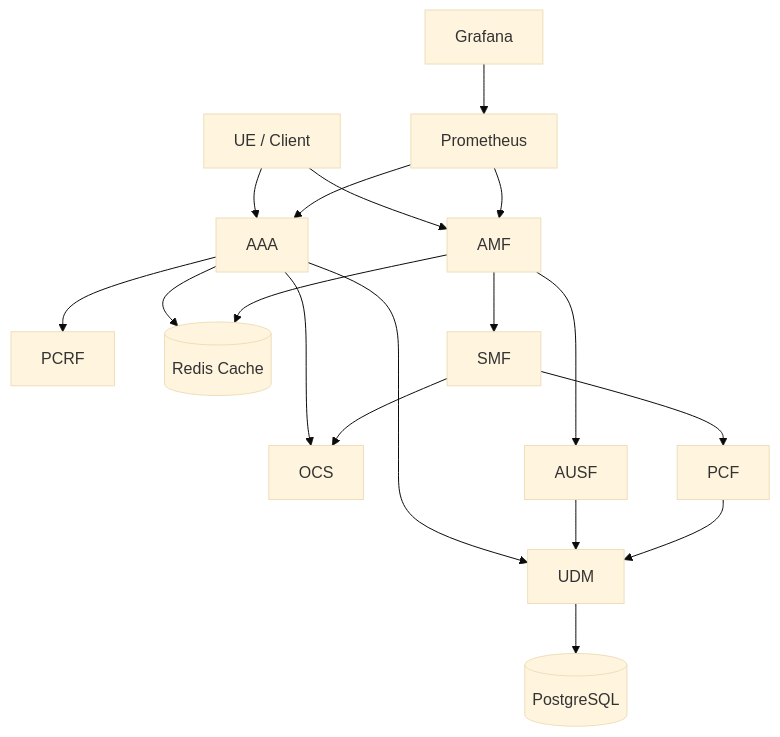
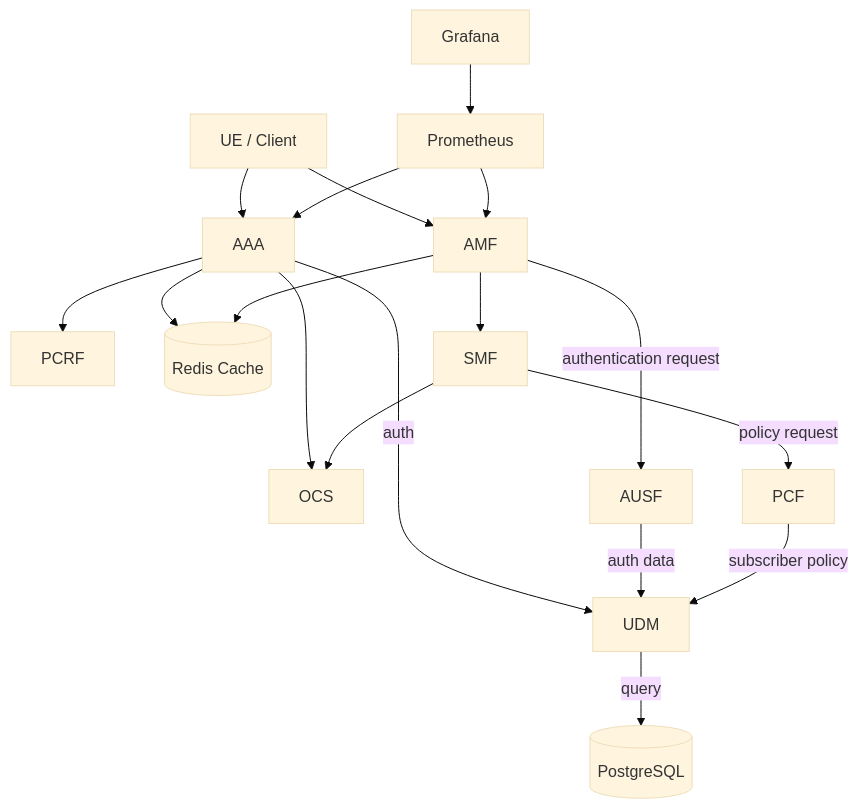
The first of 4 diagrams in README.md (marijan-madunic/telecom-lab), drawn with Mermaid (base theme) before and after one commit. The commit also changed other lines of this file, not shown here.

Commit message:
Improve README with PostgreSQL integration, updated architecture diagram and end-to-end 5G control-plane flows

````diff
--- a/README.md
+++ b/README.md
@@ -37,28 +39,29 @@
 ```mermaid
 
 graph TD
 
     UE[UE / Client] --> AAA
     UE --> AMF
 
-    AAA --> UDM
+    AAA -->|auth| UDM
     AAA --> PCRF
     AAA --> OCS
     AAA --> Redis[(Redis Cache)]
 
-    AMF --> AUSF
-    AUSF --> UDM
-    UDM --> DB[(PostgreSQL)]
+    AMF -->|authentication request| AUSF
+    AUSF -->|auth data| UDM
 
     AMF --> SMF
-    SMF --> PCF
-    PCF --> UDM
+    SMF -->|policy request| PCF
+    PCF -->|subscriber policy| UDM
+
+    UDM -->|query| DB[(PostgreSQL)]
 
     SMF --> OCS
     AMF --> Redis
 
     Prometheus --> AMF
     Prometheus --> AAA
     Grafana --> Prometheus
 
 ```
````
